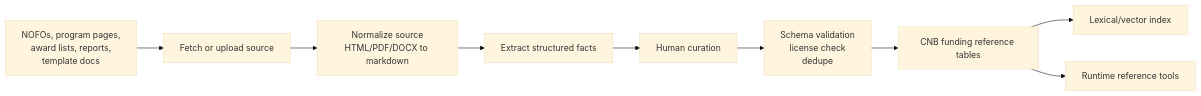
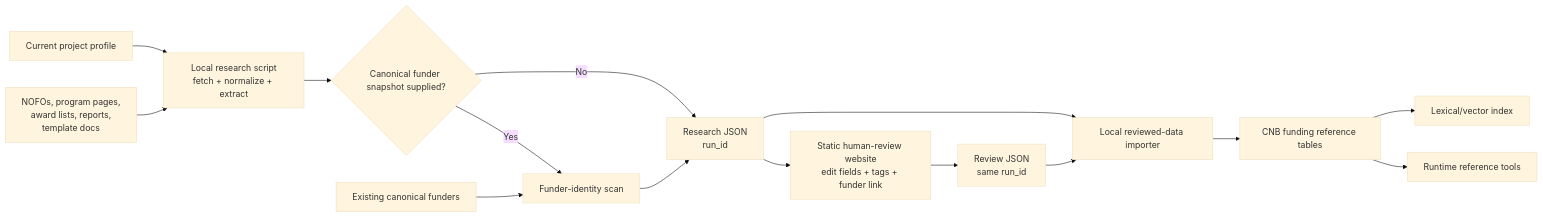
Before and after one commit to Open-Earth-Foundation/CityCatalyst: the eighth of 14 diagrams in docs/ConceptNoteBuilderArchitecture.md, drawn with Mermaid (base theme). The commit also changed other lines of this file and 40 other files, not shown here.

Commit message:
Implement CNB similar project search

````diff
--- a/docs/ConceptNoteBuilderArchitecture.md
+++ b/docs/ConceptNoteBuilderArchitecture.md
@@ -818,11 +843,17 @@
 ```mermaid
 flowchart LR
-    Sources["NOFOs, program pages,<br/>award lists, reports,<br/>template docs"] --> Fetch["Fetch or upload source"]
-    Fetch --> Convert["Normalize source<br/>HTML/PDF/DOCX to markdown"]
-    Convert --> Extract["Extract structured facts"]
-    Extract --> Curate["Human curation"]
-    Curate --> Validate["Schema validation<br/>license check<br/>dedupe"]
-    Validate --> Store["CNB funding reference tables"]
+    Target["Current project profile"] --> Script
+    Sources["NOFOs, program pages,<br/>award lists, reports,<br/>template docs"] --> Script["Local research script<br/>fetch + normalize + extract"]
+    Script --> HasFunders{"Canonical funder snapshot supplied?"}
+    HasFunders -->|No| ResearchJSON["Research JSON<br/>run_id"]
+    HasFunders -->|Yes| FunderMatch["Funder-identity scan"]
+    ExistingFunders["Existing canonical funders"] --> FunderMatch
+    FunderMatch --> ResearchJSON
+    ResearchJSON --> Review["Static human-review website<br/>edit fields + tags + funder link"]
+    Review --> ReviewJSON["Review JSON<br/>same run_id"]
+    ResearchJSON --> Import["Local reviewed-data importer"]
+    ReviewJSON --> Import
+    Import --> Store["CNB funding reference tables"]
     Store --> Index["Lexical/vector index"]
     Store --> Tools["Runtime reference tools"]
 ```
````
